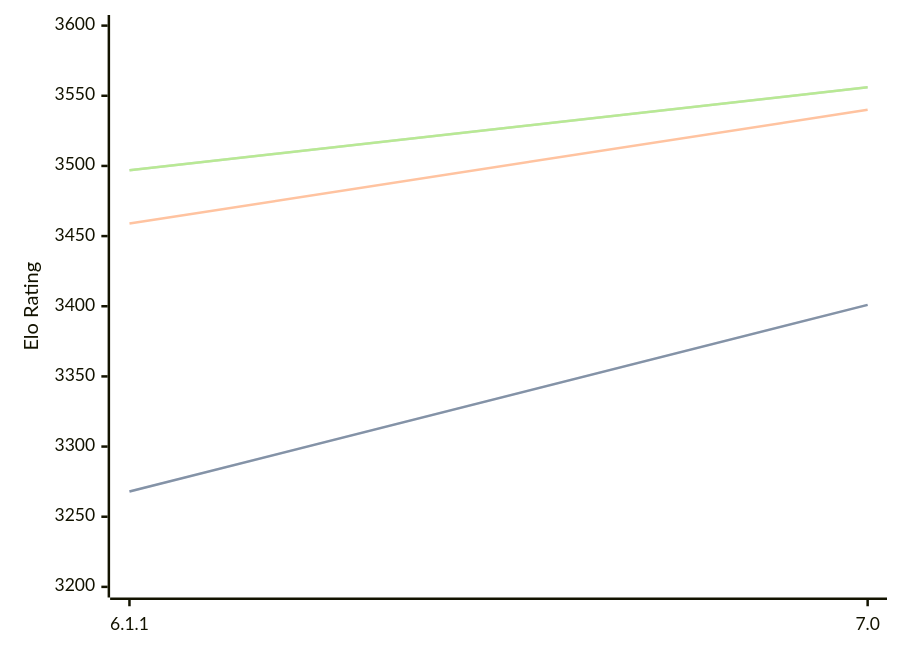
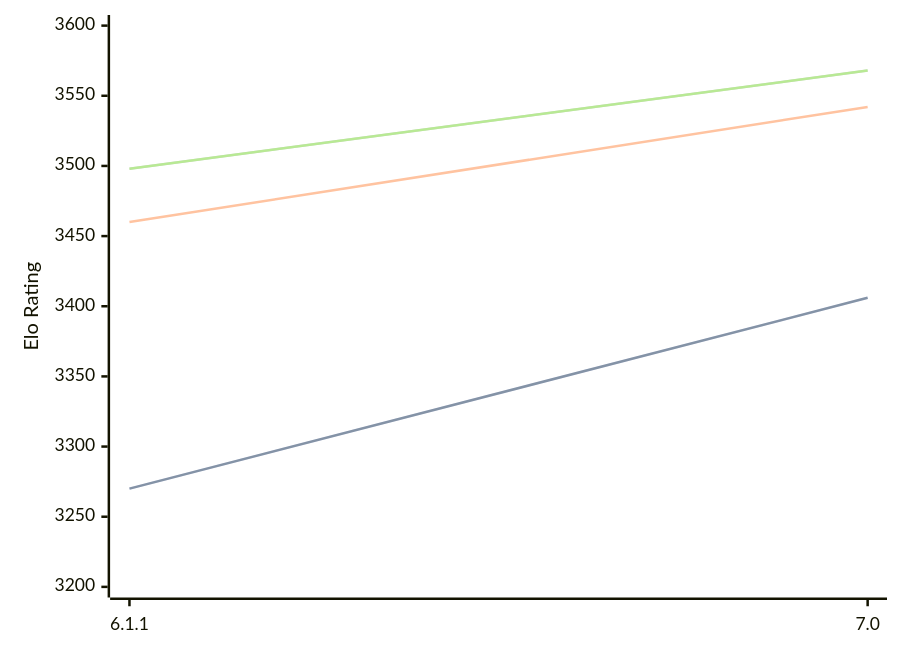
The third of 3 diagrams in engines/Astra.md (computer-chess-index/cci), drawn with Mermaid before and after one commit. The commit also changed other lines of this file, not shown here.

Commit message:
Update CCI Ratings (ELO VLTC) - 2026-06-23

````diff
--- a/engines/Astra.md
+++ b/engines/Astra.md
@@ -77,11 +77,11 @@
 ```mermaid
 %%{init: {"theme":"base","themeVariables":{"seriesColors:['#a3a3a3','#222221','#faa371']}}}%%
 xychart-beta
   x-axis ["6.1.1", "7.0"]
   y-axis "Elo Rating" 3200 --> 3600
-  line "STC (8.0+0.08s)" [3268, 3401]
-  line "STC (8.0+0.08s)" [3268, 3401]
-  line "LTC (60.0+0.60s)" [3459, 3540]
-  line "VLTC (2m24s+1.12s)" [3497, 3556]
-  line "VLTC (2m24s+1.12s)" [3497, 3556]
+  line "STC (8.0+0.08s)" [3270, 3406]
+  line "STC (8.0+0.08s)" [3270, 3406]
+  line "LTC (60.0+0.60s)" [3460, 3542]
+  line "VLTC (2m24s+1.12s)" [3498, 3568]
+  line "VLTC (2m24s+1.12s)" [3498, 3568]
 ```
````
